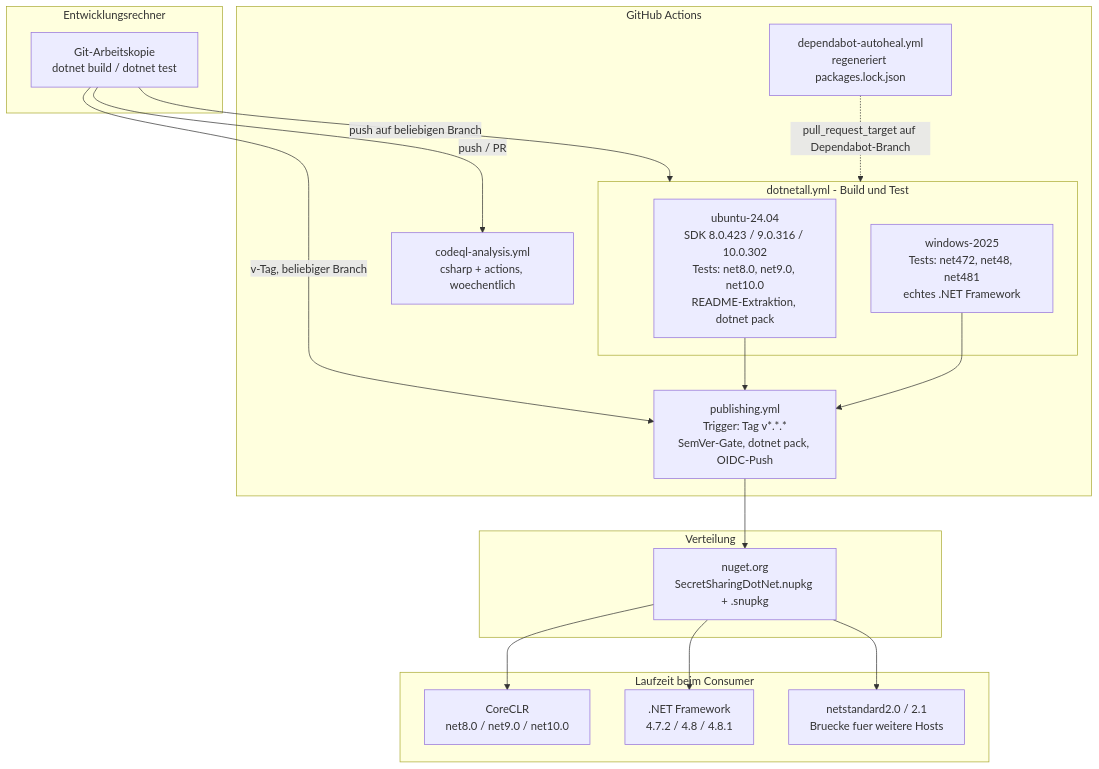
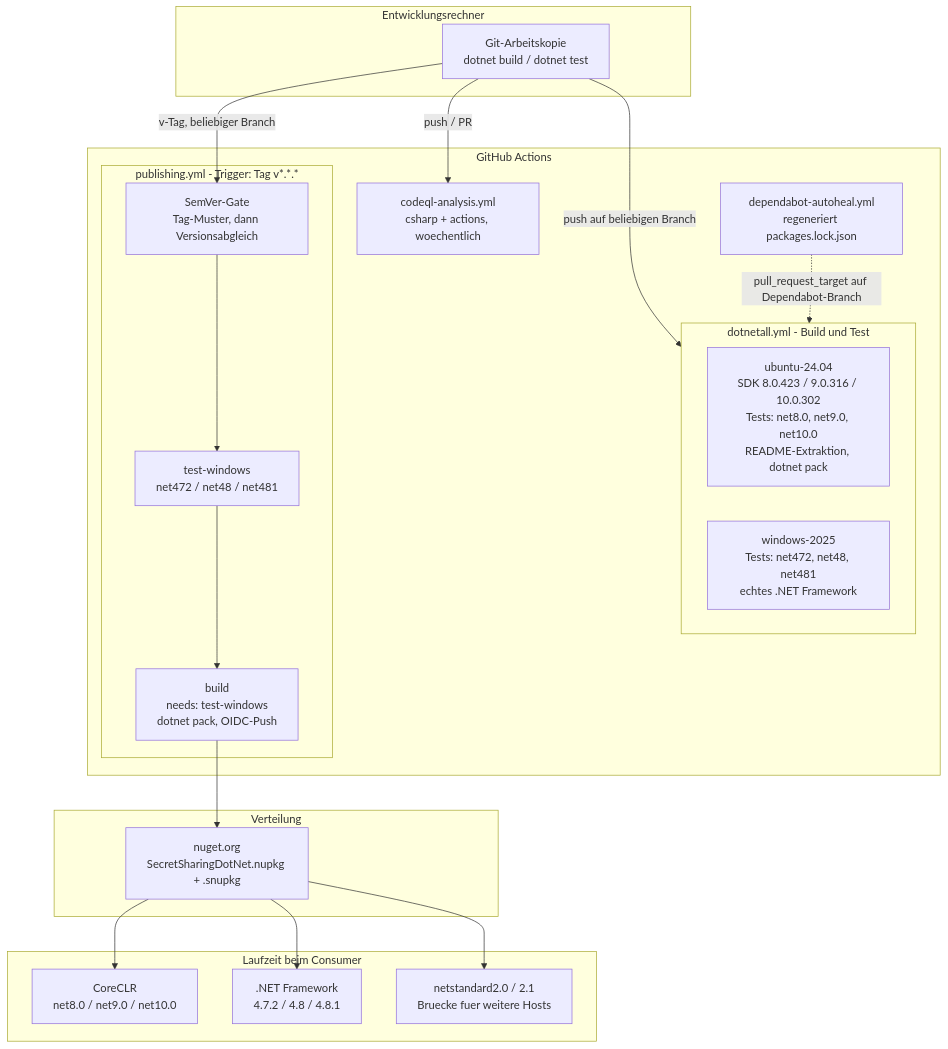
One commit to shinji-san/SecretSharingDotNet changed the tenth of 10 diagrams in docs/architecture/arc42.de.md. Above: the diagram before and after it, drawn with Mermaid. The commit also changed other lines of this file and 1 other file, not shown here.

````diff
--- a/docs/architecture/arc42.de.md
+++ b/docs/architecture/arc42.de.md
@@ -676,37 +686,41 @@
 ```mermaid
 flowchart TD
     subgraph dev["Entwicklungsrechner"]
         repo["Git-Arbeitskopie<br/>dotnet build / dotnet test"]
     end
 
     subgraph gh["GitHub Actions"]
         subgraph ci["dotnetall.yml - Build und Test"]
             ubuntu["ubuntu-24.04<br/>SDK 8.0.423 / 9.0.316 / 10.0.302<br/>Tests: net8.0, net9.0, net10.0<br/>README-Extraktion, dotnet pack"]
             windows["windows-2025<br/>Tests: net472, net48, net481<br/>echtes .NET Framework"]
         end
         codeql["codeql-analysis.yml<br/>csharp + actions, woechentlich"]
         autoheal["dependabot-autoheal.yml<br/>regeneriert packages.lock.json"]
-        publish["publishing.yml<br/>Trigger: Tag v*.*.*<br/>SemVer-Gate, dotnet pack, OIDC-Push"]
+        subgraph publish["publishing.yml - Trigger: Tag v*.*.*"]
+            pubGate["SemVer-Gate<br/>Tag-Muster, dann Versionsabgleich"]
+            pubTest["test-windows<br/>net472 / net48 / net481"]
+            pubBuild["build<br/>needs: test-windows<br/>dotnet pack, OIDC-Push"]
+        end
     end
 
     subgraph dist["Verteilung"]
         nuget["nuget.org<br/>SecretSharingDotNet.nupkg + .snupkg"]
     end
 
     subgraph runtime["Laufzeit beim Consumer"]
         netcore["CoreCLR<br/>net8.0 / net9.0 / net10.0"]
         netfx[".NET Framework<br/>4.7.2 / 4.8 / 4.8.1"]
         netstd["netstandard2.0 / 2.1<br/>Bruecke fuer weitere Hosts"]
     end
 
     repo -->|push auf beliebigen Branch| ci
     repo -->|push / PR| codeql
-    repo -->|v-Tag, beliebiger Branch| publish
-    ubuntu --> publish
-    windows --> publish
-    publish --> nuget
+    repo -->|v-Tag, beliebiger Branch| pubGate
+    pubGate --> pubTest
+    pubTest --> pubBuild
+    pubBuild --> nuget
     autoheal -.->|pull_request_target auf Dependabot-Branch| ci
     nuget --> netcore
     nuget --> netfx
     nuget --> netstd
 ```
````
